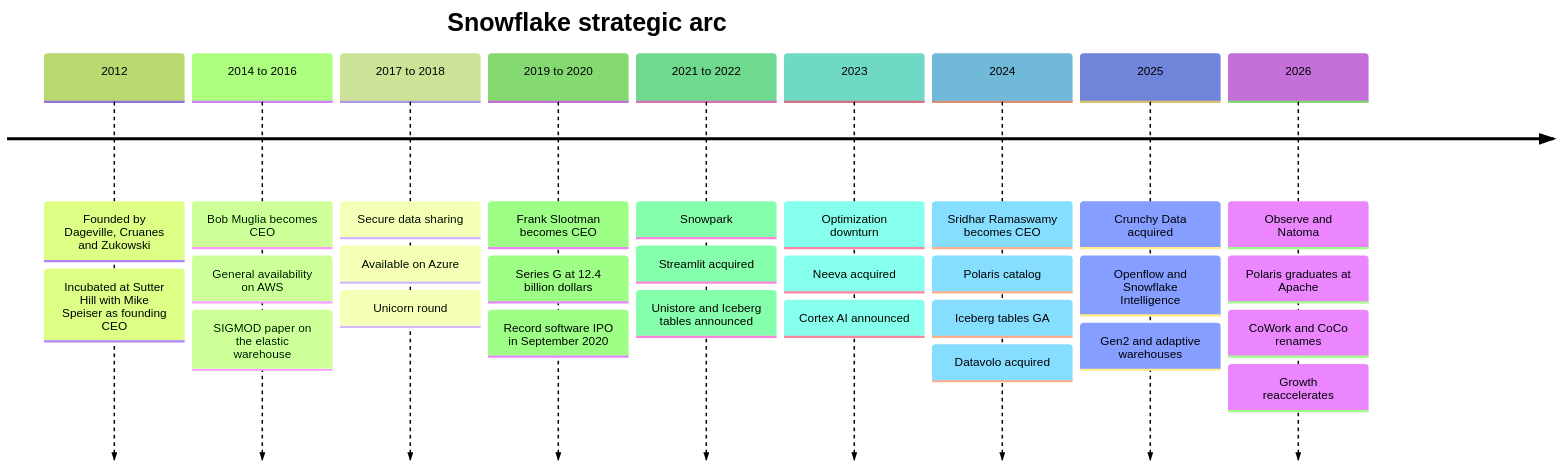
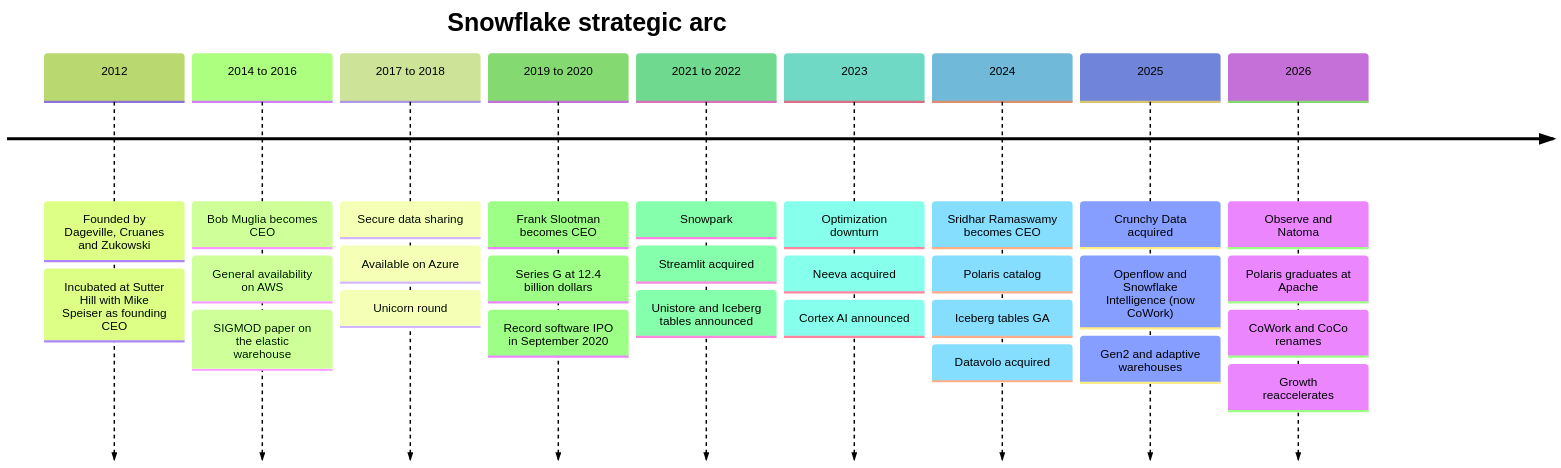
One commit to FrankHuang94/data_tech_db_claude changed the first of 4 diagrams in docs/04-company-deep-dives/ch26-snowflake.md. Above: the diagram before and after it, drawn with Mermaid (forest theme). The commit also changed 22 other files, not shown here.

````diff
--- a/docs/04-company-deep-dives/ch26-snowflake.md
+++ b/docs/04-company-deep-dives/ch26-snowflake.md
@@ -50,13 +50,13 @@
 ```mermaid
 timeline
     title Snowflake strategic arc
     2012 : Founded by Dageville, Cruanes and Zukowski : Incubated at Sutter Hill with Mike Speiser as founding CEO
     2014 to 2016 : Bob Muglia becomes CEO : General availability on AWS : SIGMOD paper on the elastic warehouse
     2017 to 2018 : Secure data sharing : Available on Azure : Unicorn round
     2019 to 2020 : Frank Slootman becomes CEO : Series G at 12.4 billion dollars : Record software IPO in September 2020
     2021 to 2022 : Snowpark : Streamlit acquired : Unistore and Iceberg tables announced
     2023 : Optimization downturn : Neeva acquired : Cortex AI announced
     2024 : Sridhar Ramaswamy becomes CEO : Polaris catalog : Iceberg tables GA : Datavolo acquired
-    2025 : Crunchy Data acquired : Openflow and Snowflake Intelligence : Gen2 and adaptive warehouses
+    2025 : Crunchy Data acquired : Openflow and Snowflake Intelligence (now CoWork) : Gen2 and adaptive warehouses
     2026 : Observe and Natoma : Polaris graduates at Apache : CoWork and CoCo renames : Growth reaccelerates
 ```
````
